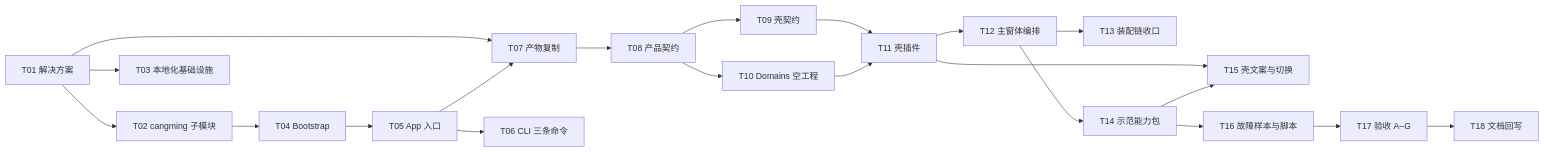
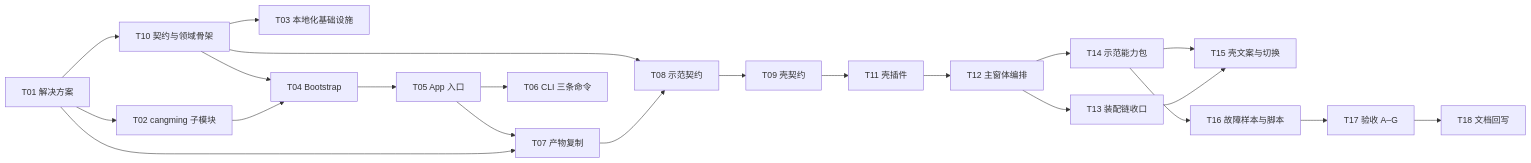
One commit to xknife-erian/ImageLyre changed the diagram in docs/plans/lukan/PLAN-0001-M1-插件骨架实施.md. Above: the diagram before and after it, drawn with Mermaid. The commit also changed other lines of this file, not shown here.

````diff
--- a/docs/plans/lukan/PLAN-0001-M1-插件骨架实施.md
+++ b/docs/plans/lukan/PLAN-0001-M1-插件骨架实施.md
@@ -47,23 +49,24 @@
 ```mermaid
 flowchart LR
     T01["T01 解决方案"] --> T02["T02 cangming 子模块"]
-    T01 --> T03["T03 本地化基础设施"]
+    T01 --> T10["T10 契约与领域骨架"]
     T01 --> T07["T07 产物复制"]
+    T10 --> T03["T03 本地化基础设施"]
     T02 --> T04["T04 Bootstrap"]
+    T10 --> T04
     T04 --> T05["T05 App 入口"]
     T05 --> T06["T06 CLI 三条命令"]
     T05 --> T07
-    T07 --> T08["T08 产品契约"]
+    T07 --> T08["T08 示范契约"]
+    T10 --> T08
     T08 --> T09["T09 壳契约"]
-    T08 --> T10["T10 Domains 空工程"]
     T09 --> T11["T11 壳插件"]
-    T10 --> T11
     T11 --> T12["T12 主窗体编排"]
     T12 --> T13["T13 装配链收口"]
     T12 --> T14["T14 示范能力包"]
-    T11 --> T15["T15 壳文案与切换"]
+    T13 --> T15["T15 壳文案与切换"]
     T14 --> T15
     T14 --> T16["T16 故障样本与脚本"]
     T16 --> T17["T17 验收 A–G"]
     T17 --> T18["T18 文档回写"]
 ```
````
